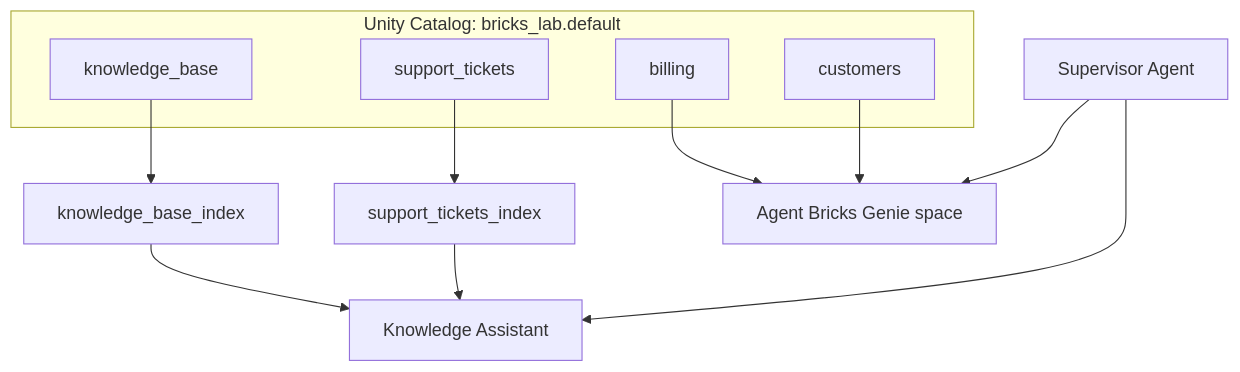
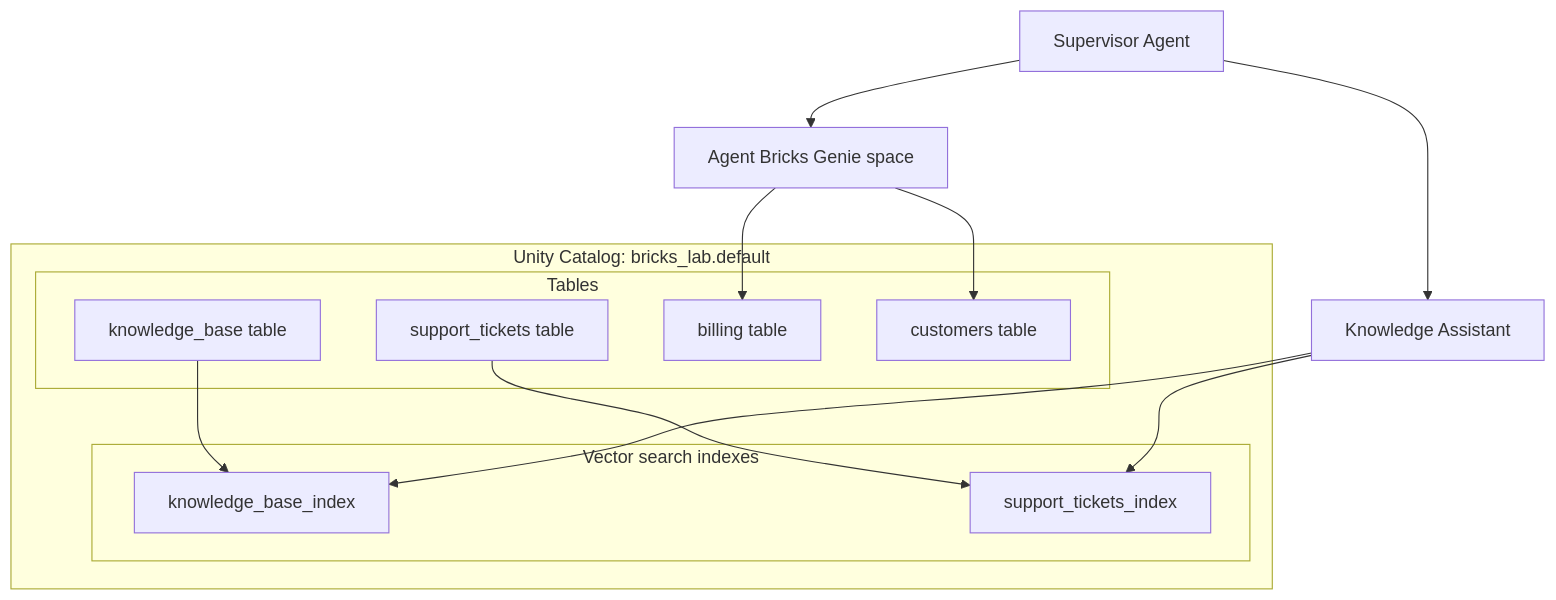
One commit to dbagentworkshop/dbagentworkshop changed the third of 3 diagrams in README.md. Above: the diagram before and after it, drawn with Mermaid. The commit also changed other lines of this file, not shown here.

Commit message:
refine mermaid graphs

````diff
--- a/README.md
+++ b/README.md
@@ -197,22 +203,26 @@
 ```mermaid
 flowchart TB
   sa[Supervisor Agent]
   ka[Knowledge Assistant]
   genie[Agent Bricks Genie space]
-  subgraph uc_full ["Unity Catalog: bricks_lab.default"]
-    kb_t[knowledge_base]
-    st_t[support_tickets]
-    bill_t[billing]
-    cust_t[customers]
-  end
-  kb_idx[knowledge_base_index]
-  st_idx[support_tickets_index]
-  kb_t --> kb_idx
-  st_t --> st_idx
-  bill_t --> genie
-  cust_t --> genie
-  kb_idx --> ka
-  st_idx --> ka
   sa --> ka
   sa --> genie
+  subgraph uc_full ["Unity Catalog: bricks_lab.default"]
+    subgraph uc_idx ["Vector search indexes"]
+      kb_idx[knowledge_base_index]
+      st_idx[support_tickets_index]
+    end
+    subgraph uc_tbl ["Tables"]
+      kb_tbl[knowledge_base table]
+      st_tbl[support_tickets table]
+      bill_tbl[billing table]
+      cust_tbl[customers table]
+    end
+    kb_tbl --> kb_idx
+    st_tbl --> st_idx
+  end
+  ka --> kb_idx
+  ka --> st_idx
+  genie --> bill_tbl
+  genie --> cust_tbl
 ```
````
